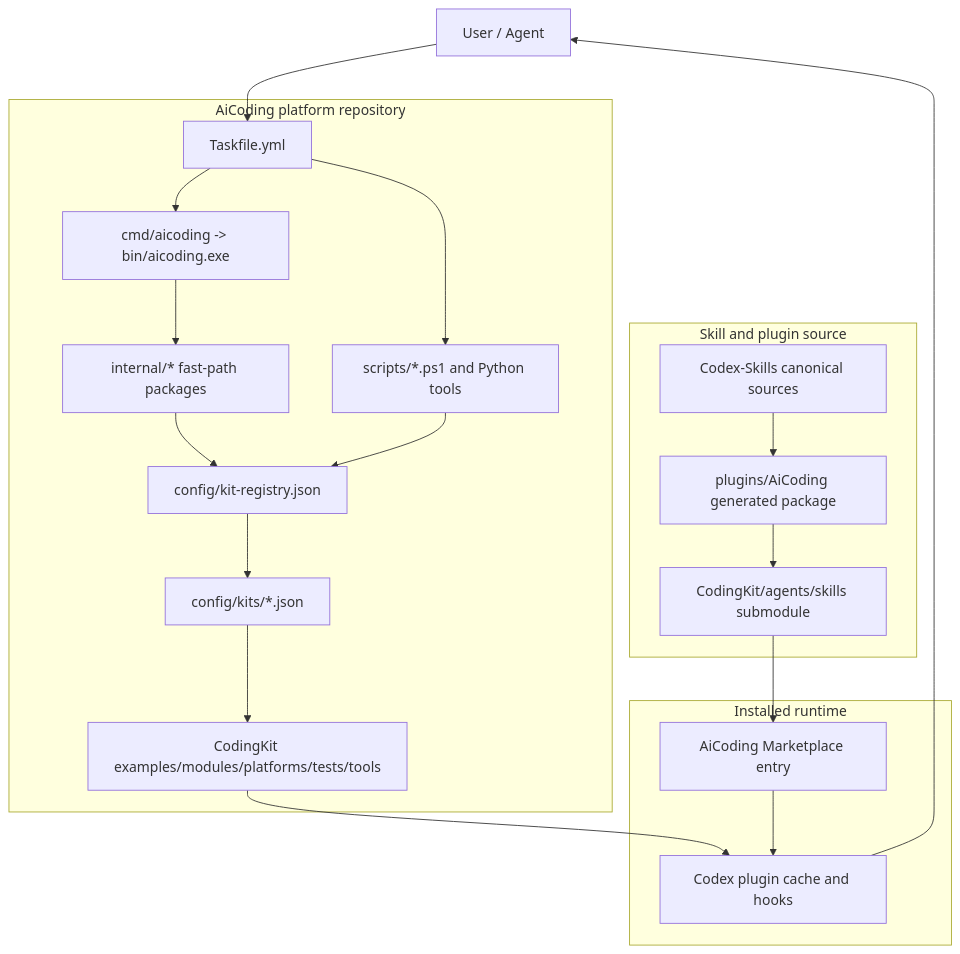
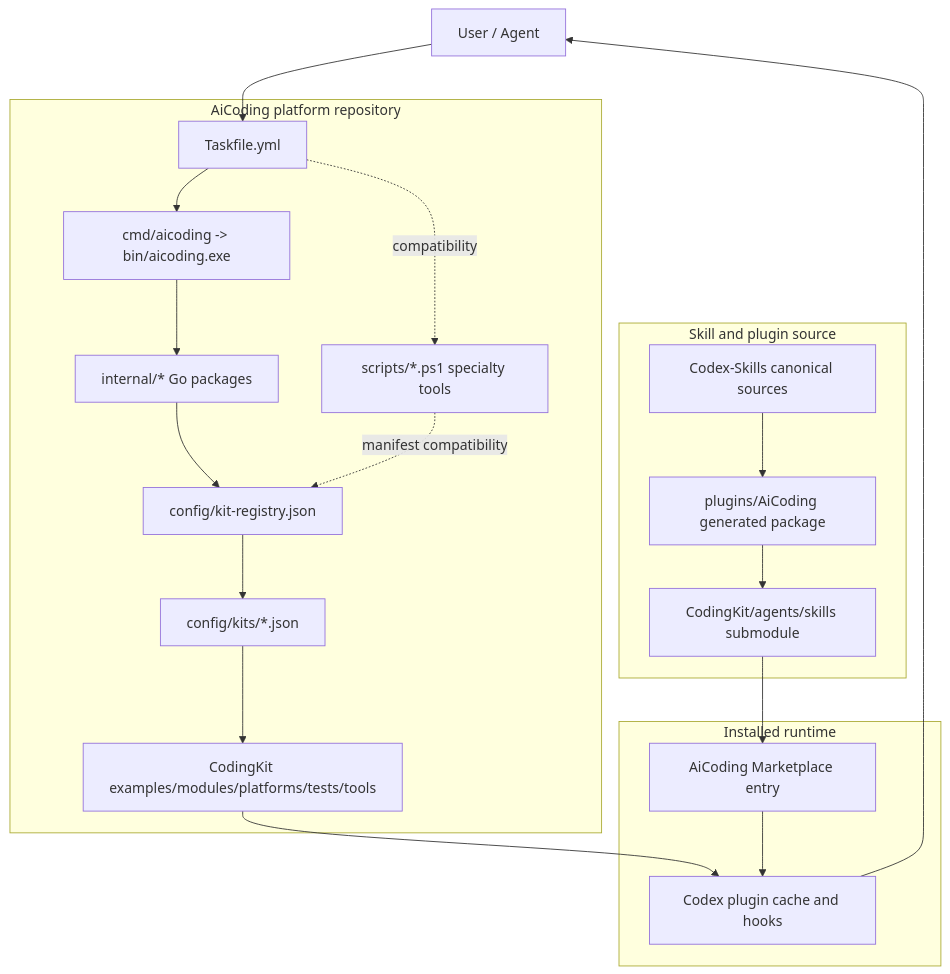
Before and after one commit to JiaxI2/AiCoding: the diagram in docs/ARCHITECTURE_OVERVIEW.md, drawn with Mermaid. The commit also changed other lines of this file and 24 other files, not shown here.

````diff
--- a/docs/ARCHITECTURE_OVERVIEW.md
+++ b/docs/ARCHITECTURE_OVERVIEW.md
@@ -21,32 +21,32 @@
 ```mermaid
 flowchart TD
   User["User / Agent"] --> Taskfile["Taskfile.yml"]
 
   subgraph Source["Skill and plugin source"]
     CodexSkills["Codex-Skills canonical sources"]
     PluginPackage["plugins/AiCoding generated package"]
     Submodule["CodingKit/agents/skills submodule"]
   end
 
   subgraph Runtime["Installed runtime"]
     Marketplace["AiCoding Marketplace entry"]
     CodexRuntime["Codex plugin cache and hooks"]
   end
 
   subgraph Platform["AiCoding platform repository"]
     Taskfile --> GoCLI["cmd/aicoding -> bin/aicoding.exe"]
-    Taskfile --> Scripts["scripts/*.ps1 and Python tools"]
-    GoCLI --> Internal["internal/* fast-path packages"]
-    Scripts --> Registry["config/kit-registry.json"]
-    Internal --> Registry
+    Taskfile -. compatibility .-> Scripts["scripts/*.ps1 specialty tools"]
+    GoCLI --> Internal["internal/* Go packages"]
+    Internal --> Registry["config/kit-registry.json"]
+    Scripts -. manifest compatibility .-> Registry
     Registry --> Manifests["config/kits/*.json"]
     Manifests --> Assets["CodingKit examples/modules/platforms/tests/tools"]
   end
 
   CodexSkills --> PluginPackage
   PluginPackage --> Submodule
   Submodule --> Marketplace
   Marketplace --> CodexRuntime
   CodexRuntime --> User
   Assets --> CodexRuntime
 ```
````
